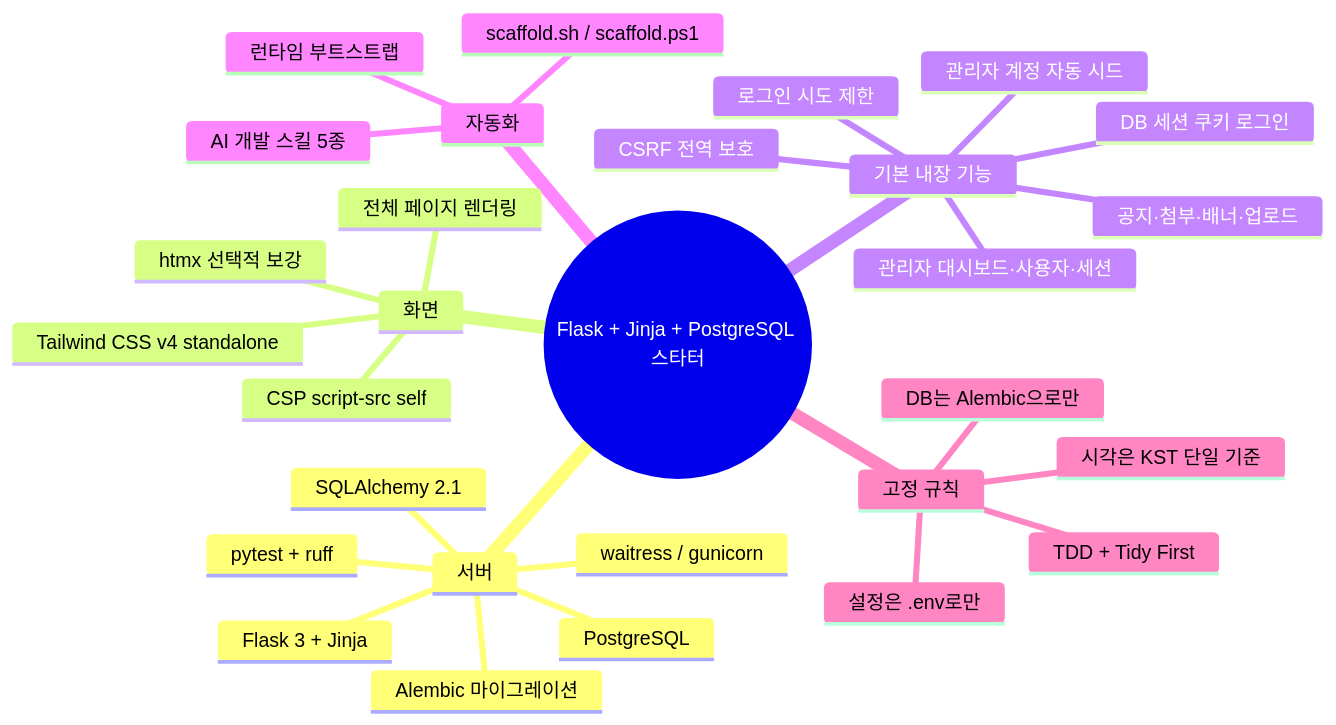
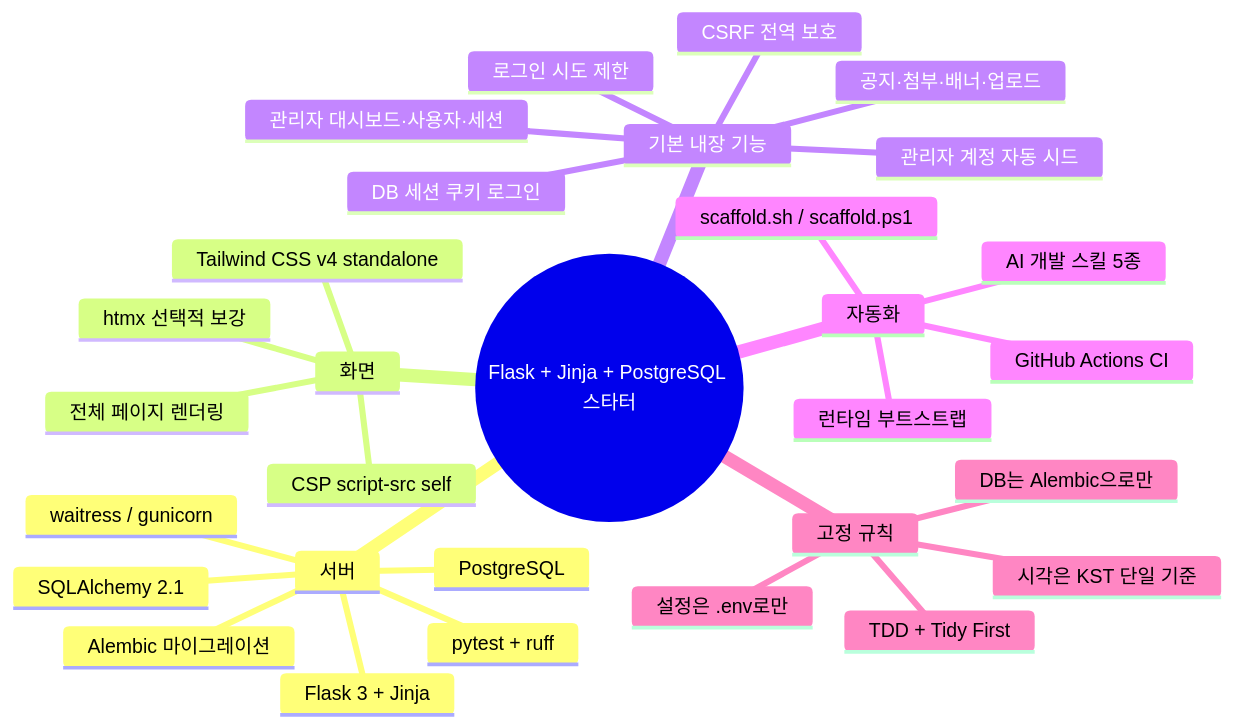
Before and after one commit to al8bright/flask-starter: the first of 3 diagrams in README.md, drawn with Mermaid. The commit also changed other lines of this file and 15 other files, not shown here.

````diff
--- a/README.md
+++ b/README.md
@@ -46,32 +49,33 @@
 ```mermaid
 mindmap
   root((Flask + Jinja + PostgreSQL 스타터))
     서버
       Flask 3 + Jinja
       SQLAlchemy 2.1
       Alembic 마이그레이션
       pytest + ruff
       PostgreSQL
       waitress / gunicorn
     화면
       전체 페이지 렌더링
       htmx 선택적 보강
       Tailwind CSS v4 standalone
       CSP script-src self
     기본 내장 기능
       DB 세션 쿠키 로그인
       로그인 시도 제한
       CSRF 전역 보호
       관리자 계정 자동 시드
       공지·첨부·배너·업로드
       관리자 대시보드·사용자·세션
     자동화
       scaffold.sh / scaffold.ps1
       런타임 부트스트랩
+      GitHub Actions CI
       AI 개발 스킬 5종
     고정 규칙
       DB는 Alembic으로만
       설정은 .env로만
       시각은 KST 단일 기준
       TDD + Tidy First
 ```
````
